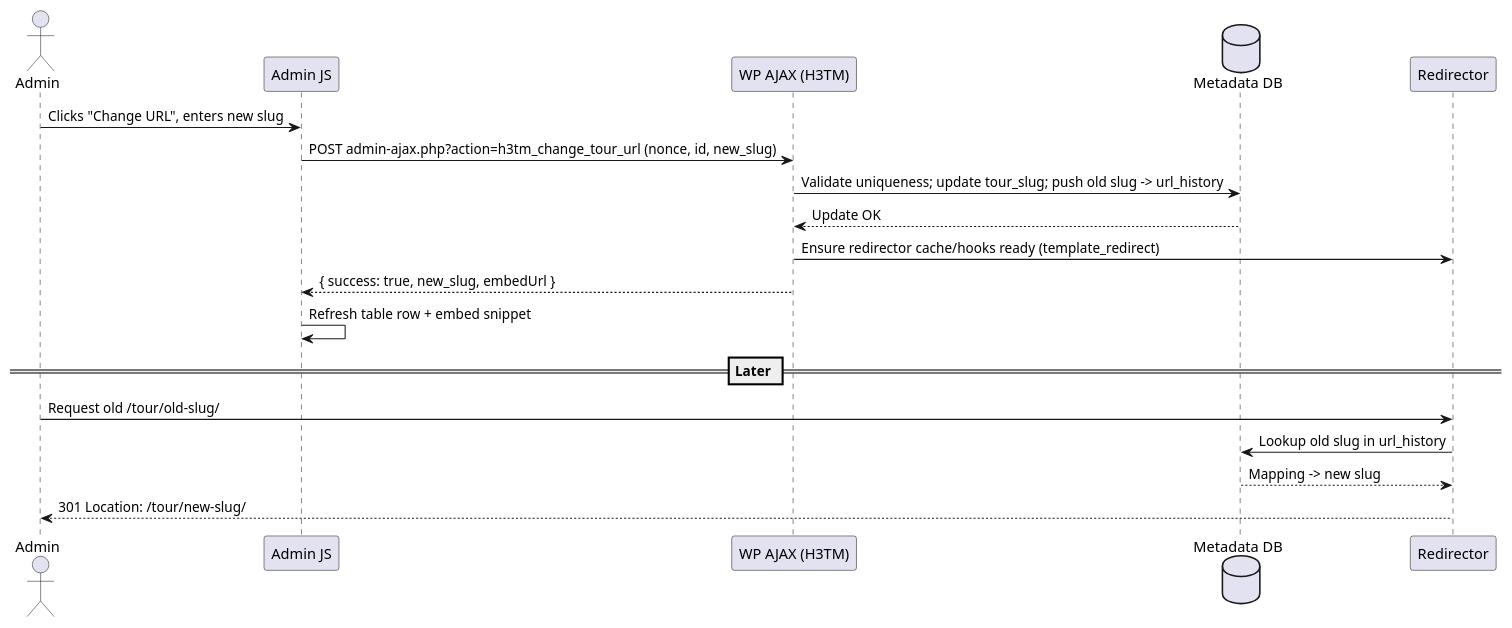
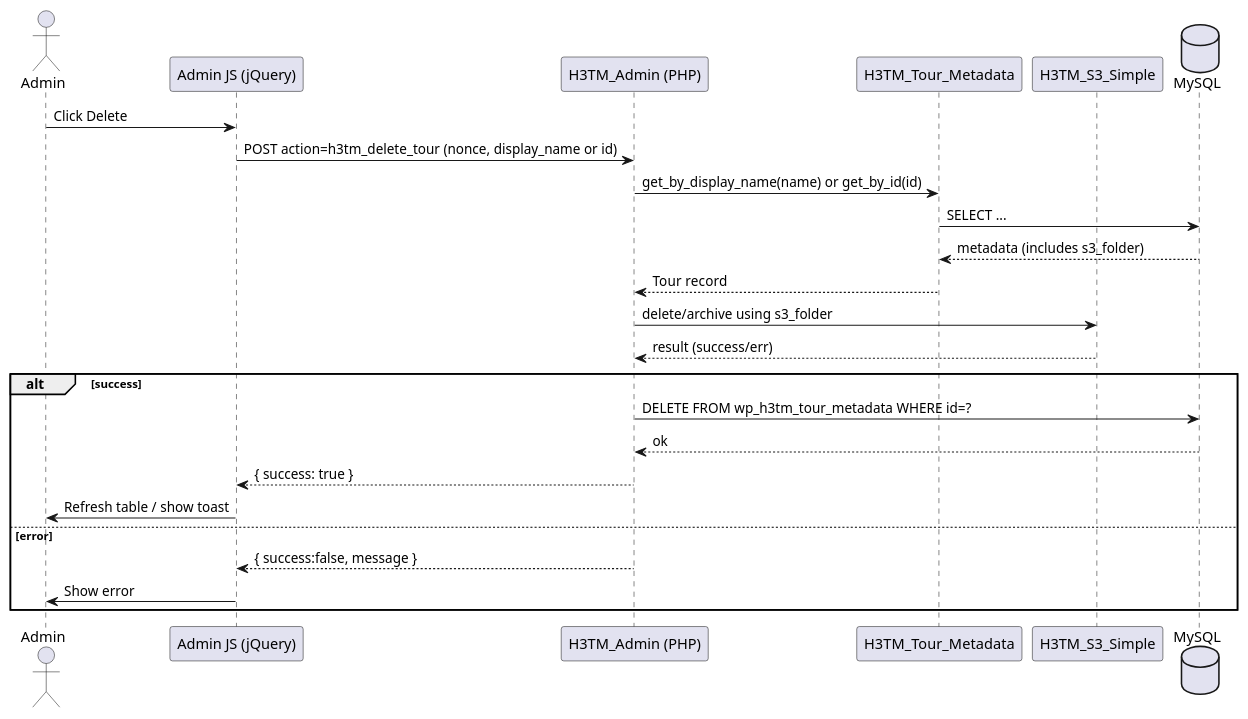
Before and after one commit to jefferykarbowski/h3-tour-management: the fifth of 6 diagrams in .codemachine/plan/architecture.md, drawn with PlantUML. The commit also changed other lines of this file and 29 other files, not shown here.

```diff
--- a/.codemachine/plan/architecture.md
+++ b/.codemachine/plan/architecture.md
@@ -208,23 +184,28 @@
       ~~~plantuml
       @startuml
       actor Admin
-      participant "Admin JS" as JS
-      participant "WP AJAX (H3TM)" as WP
-      database "Metadata DB" as DB
-      participant "Redirector" as RED
+      participant "Admin JS (jQuery)" as JS
+      participant "H3TM_Admin (PHP)" as PHP
+      participant "H3TM_Tour_Metadata" as DAO
+      participant "H3TM_S3_Simple" as S3
+      database "MySQL" as DB
 
-      Admin -> JS : Clicks "Change URL", enters new slug
-      JS -> WP : POST admin-ajax.php?action=h3tm_change_tour_url (nonce, id, new_slug)
-      WP -> DB : Validate uniqueness; update tour_slug; push old slug -> url_history
-      DB --> WP : Update OK
-      WP -> RED : Ensure redirector cache/hooks ready (template_redirect)
-      WP --> JS : { success: true, new_slug, embedUrl }
-      JS -> JS : Refresh table row + embed snippet
-
-      == Later ==
-      Admin -> RED : Request old /tour/old-slug/
-      RED -> DB : Lookup old slug in url_history
-      DB --> RED : Mapping -> new slug
-      RED --> Admin : 301 Location: /tour/new-slug/
+      Admin -> JS : Click Delete
+      JS -> PHP : POST action=h3tm_delete_tour (nonce, display_name or id)
+      PHP -> DAO : get_by_display_name(name) or get_by_id(id)
+      DAO -> DB : SELECT ...
+      DB --> DAO : metadata (includes s3_folder)
+      DAO --> PHP : Tour record
+      PHP -> S3 : delete/archive using s3_folder
+      S3 --> PHP : result (success/err)
+      alt success
+        PHP -> DB : DELETE FROM wp_h3tm_tour_metadata WHERE id=?
+        DB --> PHP : ok
+        PHP --> JS : { success: true }
+        JS -> Admin : Refresh table / show toast
+      else error
+        PHP --> JS : { success:false, message }
+        JS -> Admin : Show error
+      end
       @enduml
       ~~~
```
